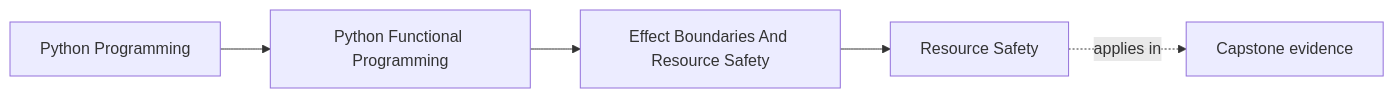
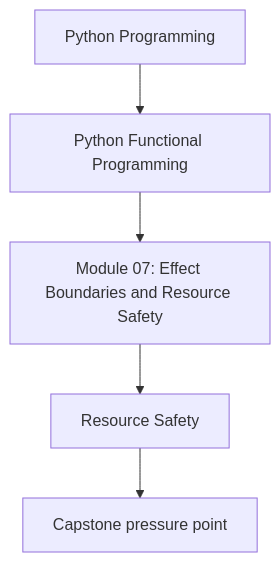
One commit to bijux/bijux-masterclass changed the first of 2 diagrams in programs/python-programming/python-functional-programming/course-book/module-07-effect-boundaries-and-resource-safety/resource-safety.md. Above: the diagram before and after it, drawn with Mermaid. The commit also changed other lines of this file and 118 other files, not shown here.

Commit message:
docs(python-functional-programming): align concept page diagrams

````diff
--- a/programs/python-programming/python-functional-programming/course-book/module-07-effect-boundaries-and-resource-safety/resource-safety.md
+++ b/programs/python-programming/python-functional-programming/course-book/module-07-effect-boundaries-and-resource-safety/resource-safety.md
@@ -7,11 +7,7 @@
 ```mermaid
-graph LR
-  family["Python Programming"]
-  program["Python Functional Programming"]
-  section["Effect Boundaries And Resource Safety"]
-  page["Resource Safety"]
-  capstone["Capstone evidence"]
-
-  family --> program --> section --> page
-  page -.applies in.-> capstone
+flowchart TD
+  family["Python Programming"] --> program["Python Functional Programming"]
+  program --> module["Module 07: Effect Boundaries and Resource Safety"]
+  module --> concept["Resource Safety"]
+  concept --> capstone["Capstone pressure point"]
 ```
````
